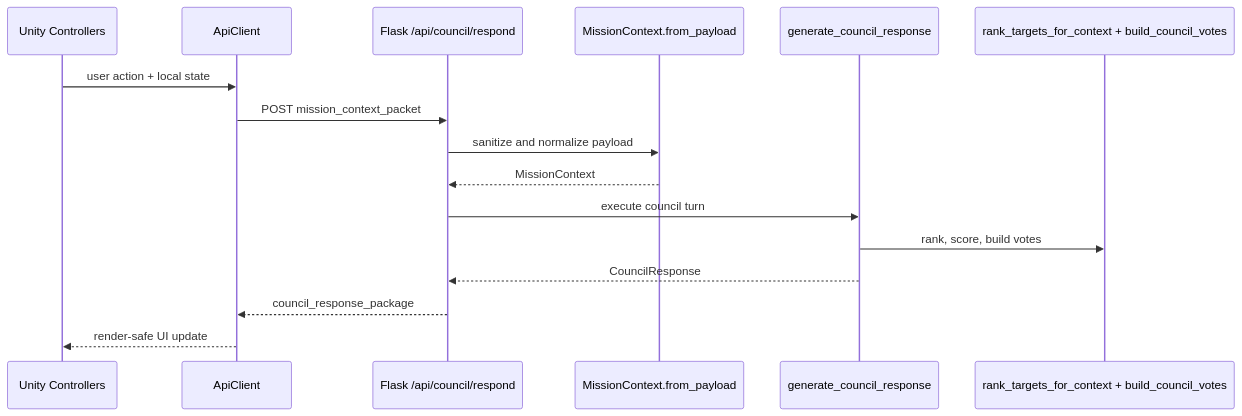
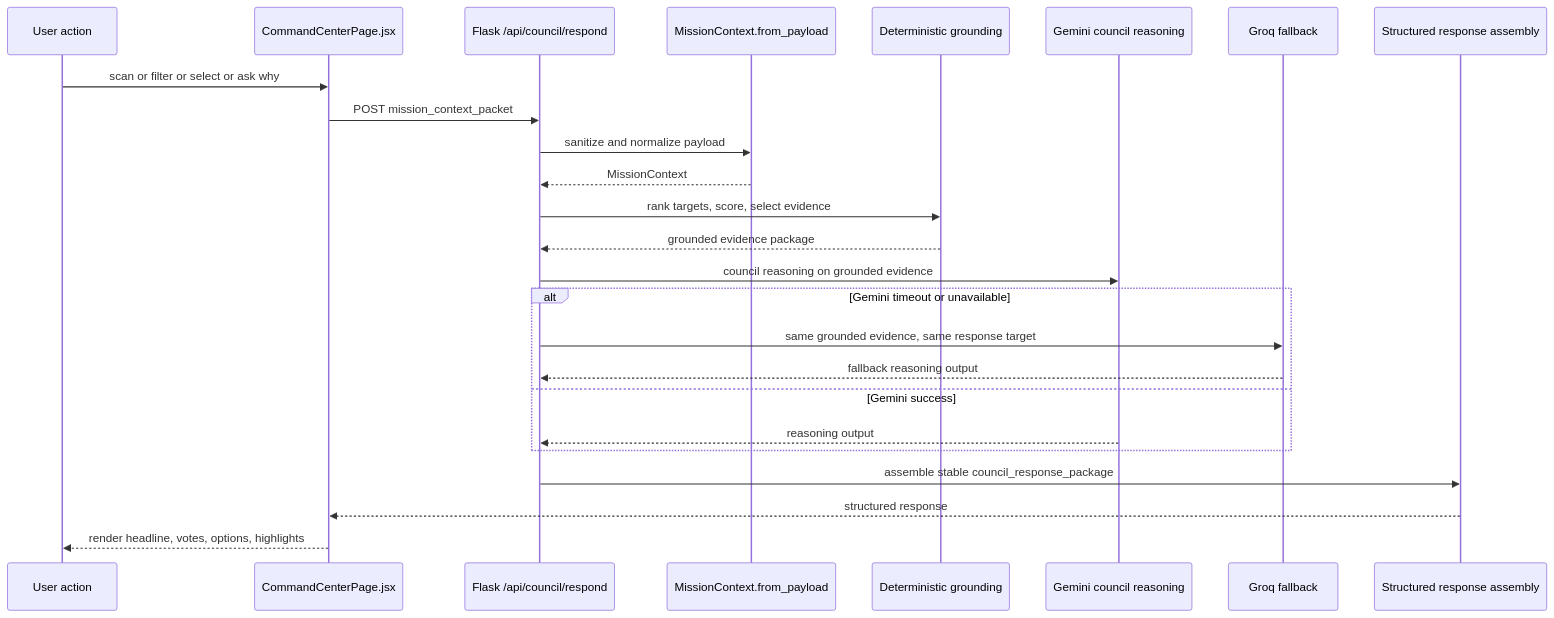
One commit to Procoderdata/hackathonvodich changed the second of 2 diagrams in triet.md/filemoi.md. Above: the diagram before and after it, drawn with Mermaid. The commit also changed other lines of this file and 6 other files, not shown here.

````diff
--- a/triet.md/filemoi.md
+++ b/triet.md/filemoi.md
@@ -107,19 +145,28 @@
 ```mermaid
 sequenceDiagram
-    participant U as Unity Controllers
-    participant C as ApiClient
-    participant A as Flask /api/council/respond
+    participant U as User action
+    participant FE as CommandCenterPage.jsx
+    participant API as Flask /api/council/respond
     participant S as MissionContext.from_payload
-    participant O as generate_council_response
-    participant T as rank_targets_for_context + build_council_votes
+    participant G as Deterministic grounding
+    participant GM as Gemini council reasoning
+    participant GR as Groq fallback
+    participant R as Structured response assembly
 
-    U->>C: user action + local state
-    C->>A: POST mission_context_packet
-    A->>S: sanitize and normalize payload
-    S-->>A: MissionContext
-    A->>O: execute council turn
-    O->>T: rank, score, build votes
-    O-->>A: CouncilResponse
-    A-->>C: council_response_package
-    C-->>U: render-safe UI update
+    U->>FE: scan or filter or select or ask why
+    FE->>API: POST mission_context_packet
+    API->>S: sanitize and normalize payload
+    S-->>API: MissionContext
+    API->>G: rank targets, score, select evidence
+    G-->>API: grounded evidence package
+    API->>GM: council reasoning on grounded evidence
+    alt Gemini timeout or unavailable
+        API->>GR: same grounded evidence, same response target
+        GR-->>API: fallback reasoning output
+    else Gemini success
+        GM-->>API: reasoning output
+    end
+    API->>R: assemble stable council_response_package
+    R-->>FE: structured response
+    FE-->>U: render headline, votes, options, highlights
 ```
````
